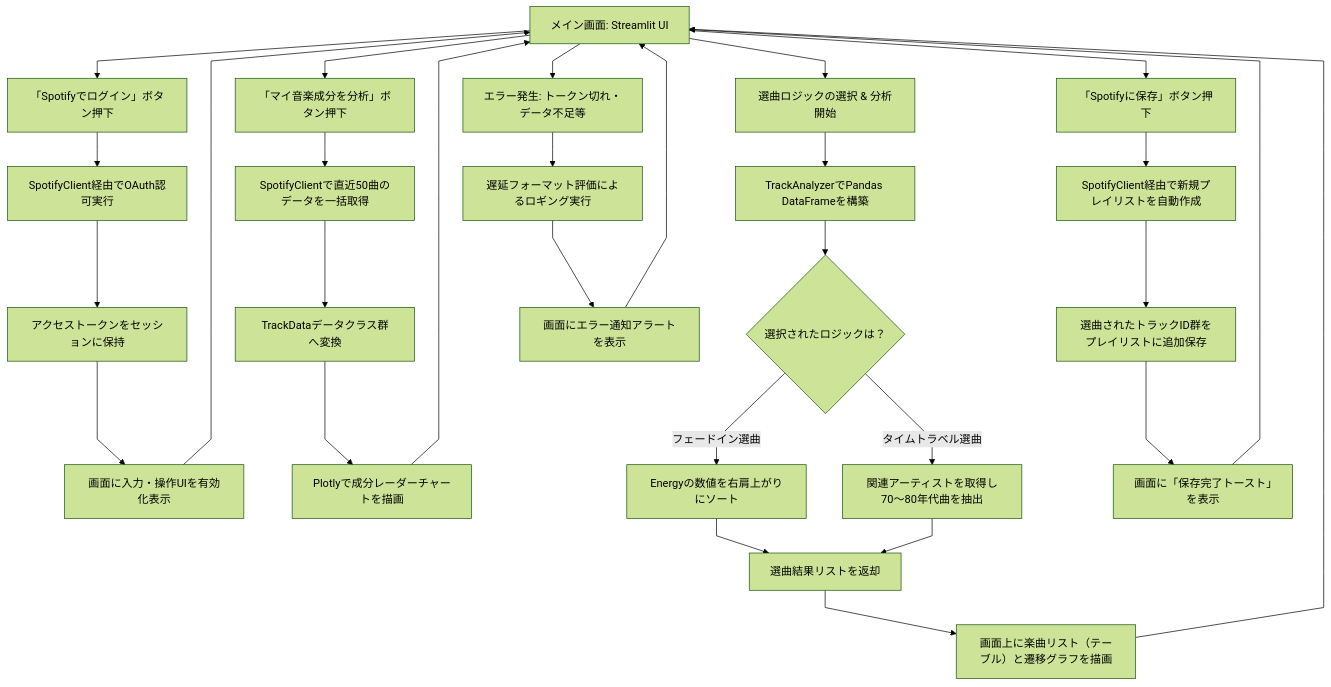
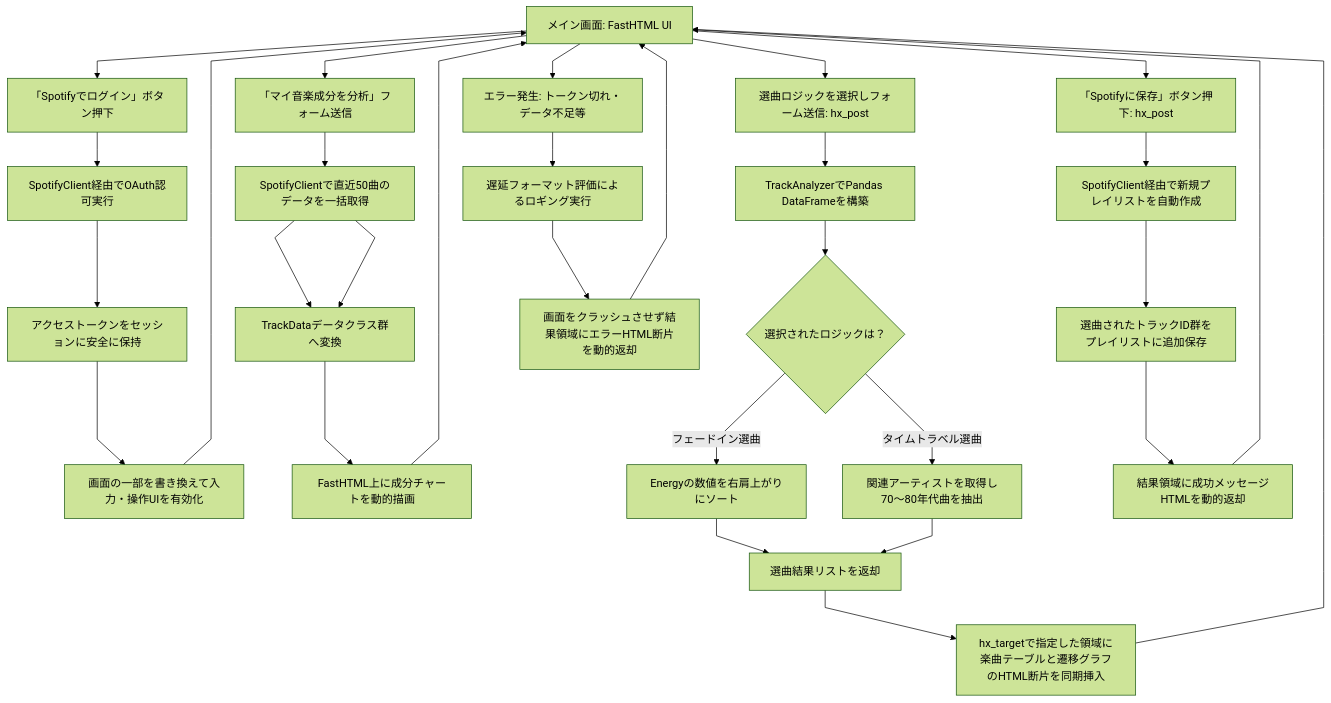
One commit to shim369/Python-Track-Element-App changed the diagram in docs/screen_transition.md. Above: the diagram before and after it, drawn with Mermaid (forest theme). The commit also changed other lines of this file and 7 other files, not shown here.

Commit message:
feat: migrate from Streamlit to FastHTML and refresh docs

````diff
--- a/docs/screen_transition.md
+++ b/docs/screen_transition.md
@@ -6,39 +5,39 @@
 ```mermaid
 %%{init: {'flowchart': {'curve': 'linear'}}}%%
 flowchart TD
-    A[メイン画面: Streamlit UI]
+    A[メイン画面: FastHTML UI]
 
     A --> B[「Spotifyでログイン」ボタン押下]
     B --> C[SpotifyClient経由でOAuth認可実行]
-    C --> D[アクセストークンをセッションに保持]
-    D --> E[画面に入力・操作UIを有効化表示]
+    C --> D[アクセストークンをセッションに安全に保持]
+    D --> E[画面の一部を書き換えて入力・操作UIを有効化]
     E --> A
 
-    A --> F[「マイ音楽成分を分析」ボタン押下]
+    A --> F[「マイ音楽成分を分析」フォーム送信]
     F --> G[SpotifyClientで直近50曲のデータを一括取得]
     G --> H[TrackDataデータクラス群へ変換]
-    H --> I[Plotlyで成分レーダーチャートを描画]
+    G --> H
+    H --> I[FastHTML上に成分チャートを動的描画]
     I --> A
 
-    A --> J[選曲ロジックの選択 & 分析開始]
+    A --> J[選曲ロジックを選択しフォーム送信: hx_post]
     J --> K[TrackAnalyzerでPandas DataFrameを構築]
     K --> L{"選択されたロジックは？"}
     L -- フェードイン選曲 --> M[Energyの数値を右肩上がりにソート]
     L -- タイムトラベル選曲 --> N[関連アーティストを取得し70〜80年代曲を抽出]
     M --> O[選曲結果リストを返却]
     N --> O
-    O --> P[画面上に楽曲リスト（テーブル）と遷移グラフを描画]
+    O --> P[hx_targetで指定した領域に楽曲テーブルと遷移グラフのHTML断片を同期挿入]
     P --> A
 
-    A --> Q[「Spotifyに保存」ボタン押下]
+    A --> Q[「Spotifyに保存」ボタン押下: hx_post]
     Q --> R[SpotifyClient経由で新規プレイリストを自動作成]
     R --> S[選曲されたトラックID群をプレイリストに追加保存]
-    S --> T[画面に「保存完了トースト」を表示]
+    S --> T[結果領域に成功メッセージHTMLを動的返却]
     T --> A
 
     A --> U[エラー発生: トークン切れ・データ不足等]
     U --> V[遅延フォーマット評価によるロギング実行]
-    V --> W[画面にエラー通知アラートを表示]
+    V --> W[画面をクラッシュさせず結果領域にエラーHTML断片を動的返却]
     W --> A
-
 ```
````
